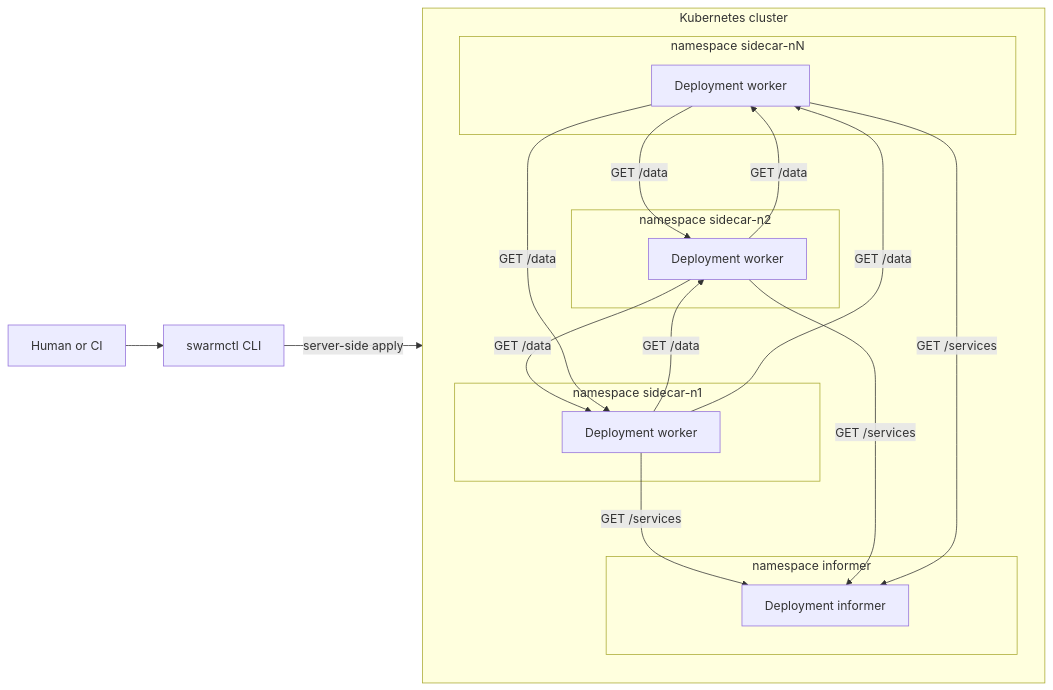
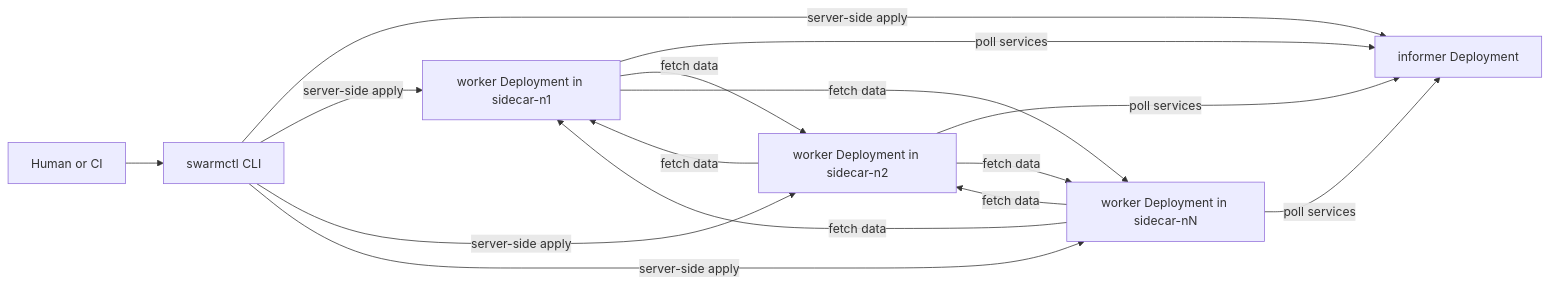
One commit to h0tbird/k-swarm changed the first of 6 diagrams in docs/architecture.md. Above: the diagram before and after it, drawn with Mermaid. The commit also changed other lines of this file, not shown here.

Commit message:
Fix diagrams

````diff
--- a/docs/architecture.md
+++ b/docs/architecture.md
@@ -38,35 +38,26 @@
 ```mermaid
 flowchart LR
     Operator[Human or CI]
     SC[swarmctl CLI]
-
-    subgraph Cluster[Kubernetes cluster]
-        direction TB
-        subgraph NSInformer[namespace informer]
-            Inf[Deployment informer]
-        end
-        subgraph NSWorker1[namespace sidecar-n1]
-            W1[Deployment worker]
-        end
-        subgraph NSWorker2[namespace sidecar-n2]
-            W2[Deployment worker]
-        end
-        subgraph NSWorkerN[namespace sidecar-nN]
-            WN[Deployment worker]
-        end
-    end
+    Inf[informer Deployment]
+    W1[worker Deployment in sidecar-n1]
+    W2[worker Deployment in sidecar-n2]
+    WN[worker Deployment in sidecar-nN]
 
     Operator --> SC
-    SC -->|server-side apply| Cluster
+    SC -->|server-side apply| Inf
+    SC -->|server-side apply| W1
+    SC -->|server-side apply| W2
+    SC -->|server-side apply| WN
 
-    W1 -->|GET /services| Inf
-    W2 -->|GET /services| Inf
-    WN -->|GET /services| Inf
+    W1 -->|poll services| Inf
+    W2 -->|poll services| Inf
+    WN -->|poll services| Inf
 
-    W1 -->|GET /data| W2
-    W2 -->|GET /data| W1
-    W2 -->|GET /data| WN
-    WN -->|GET /data| W2
-    W1 -->|GET /data| WN
-    WN -->|GET /data| W1
+    W1 -->|fetch data| W2
+    W2 -->|fetch data| W1
+    W2 -->|fetch data| WN
+    WN -->|fetch data| W2
+    W1 -->|fetch data| WN
+    WN -->|fetch data| W1
 ```
````
